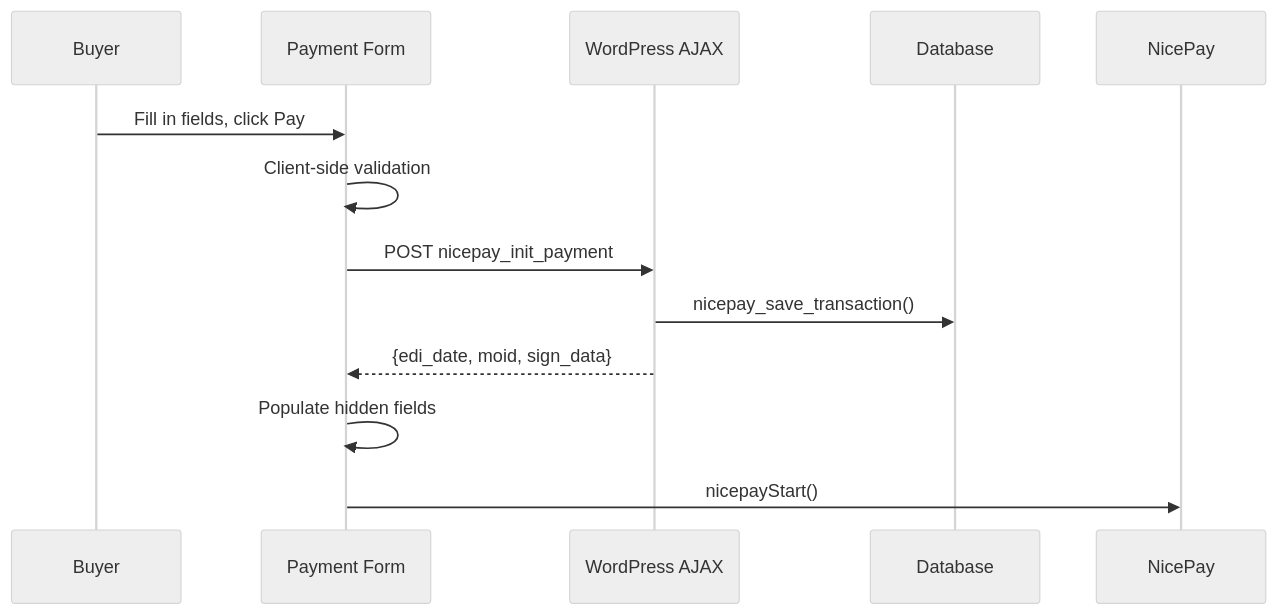
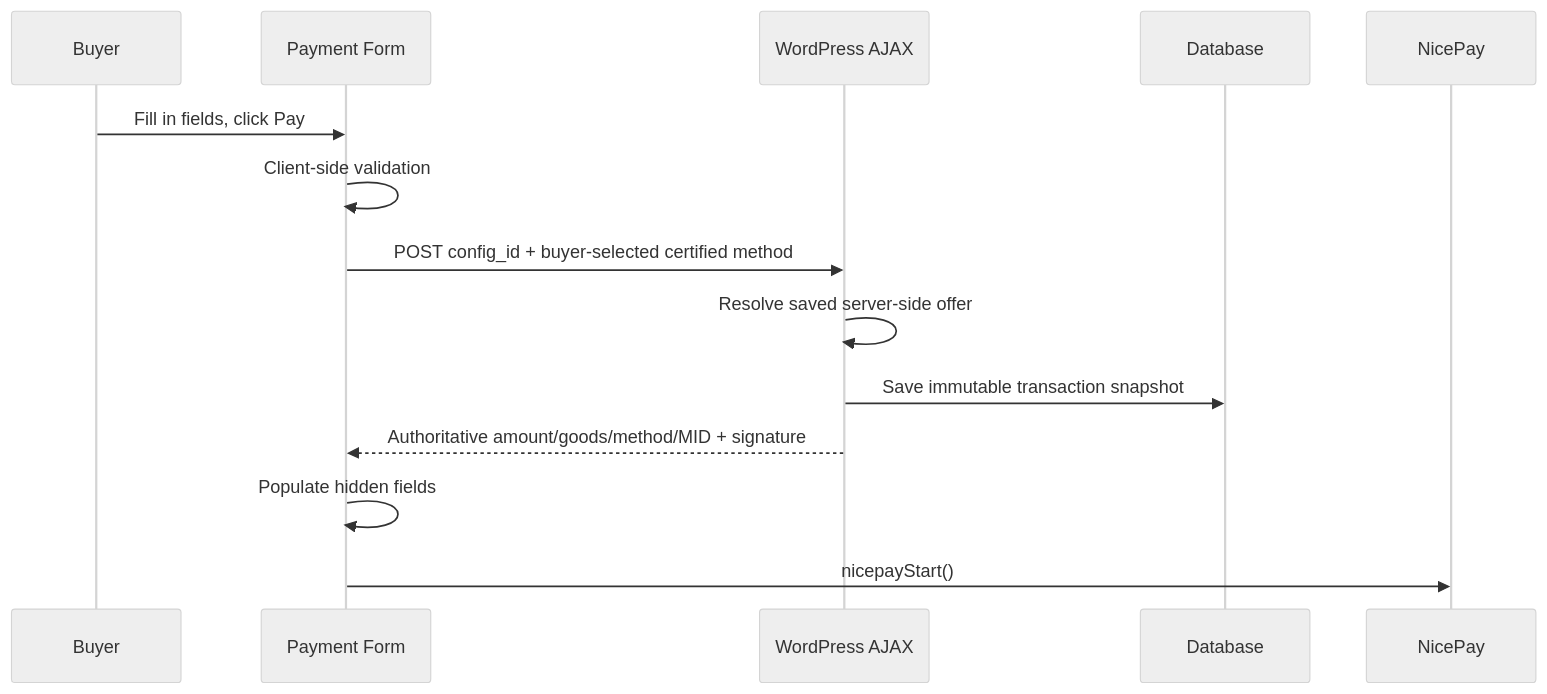
The fifth of 5 diagrams in docs/DEVELOPER-GUIDE.md (cemililik/nicepay-paymentgateway-wordpress-plugin), drawn with Mermaid (neutral theme) before and after one commit. The commit also changed other lines of this file and 109 other files, not shown here.

````diff
--- a/docs/DEVELOPER-GUIDE.md
+++ b/docs/DEVELOPER-GUIDE.md
@@ -320,16 +312,17 @@
 ```mermaid
 sequenceDiagram
     participant Buyer
     participant Form as Payment Form
     participant WP as WordPress AJAX
     participant DB as Database
     participant NP as NicePay
 
     Buyer->>Form: Fill in fields, click Pay
     Form->>Form: Client-side validation
-    Form->>WP: POST nicepay_init_payment
-    WP->>DB: nicepay_save_transaction()
-    WP-->>Form: {edi_date, moid, sign_data}
+    Form->>WP: POST config_id + buyer-selected certified method
+    WP->>WP: Resolve saved server-side offer
+    WP->>DB: Save immutable transaction snapshot
+    WP-->>Form: Authoritative amount/goods/method/MID + signature
     Form->>Form: Populate hidden fields
     Form->>NP: nicepayStart()
 ```
````
